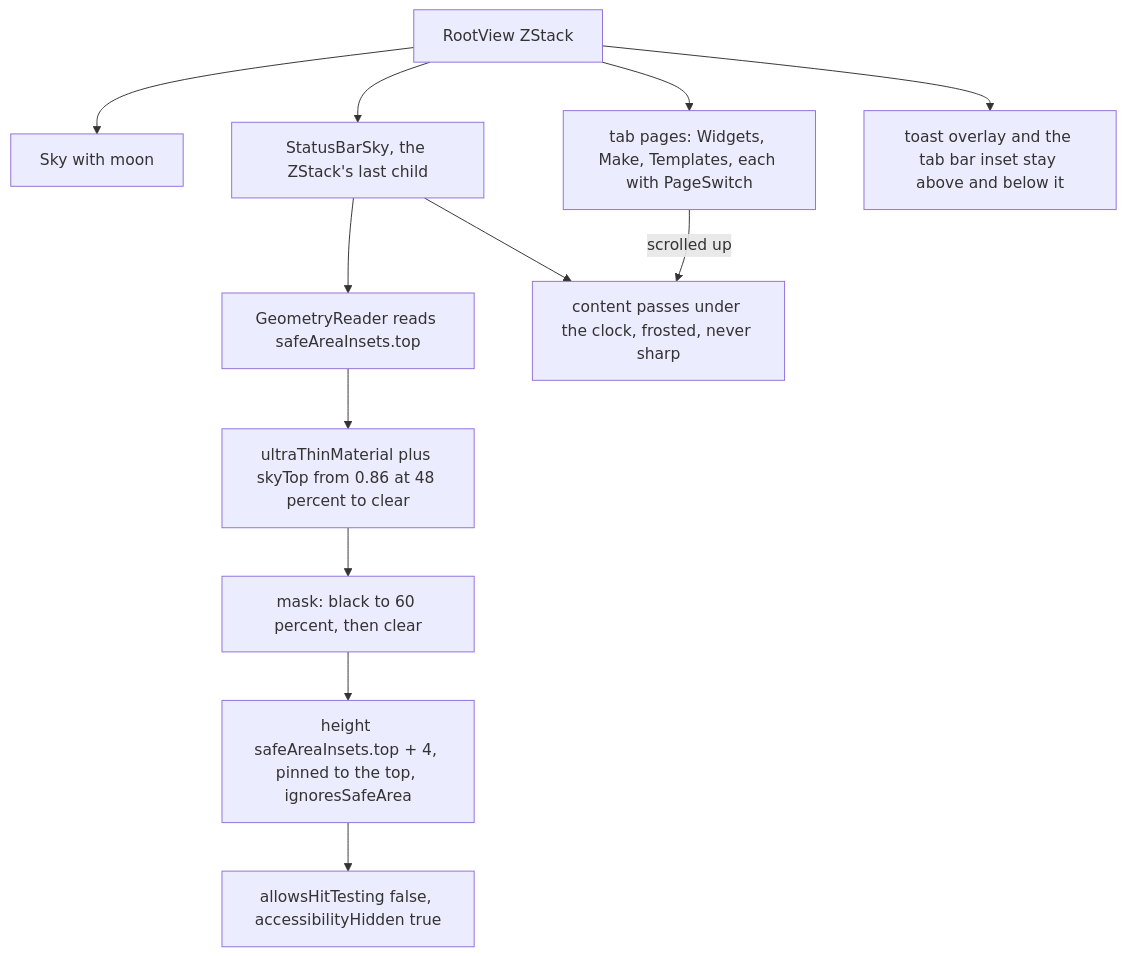
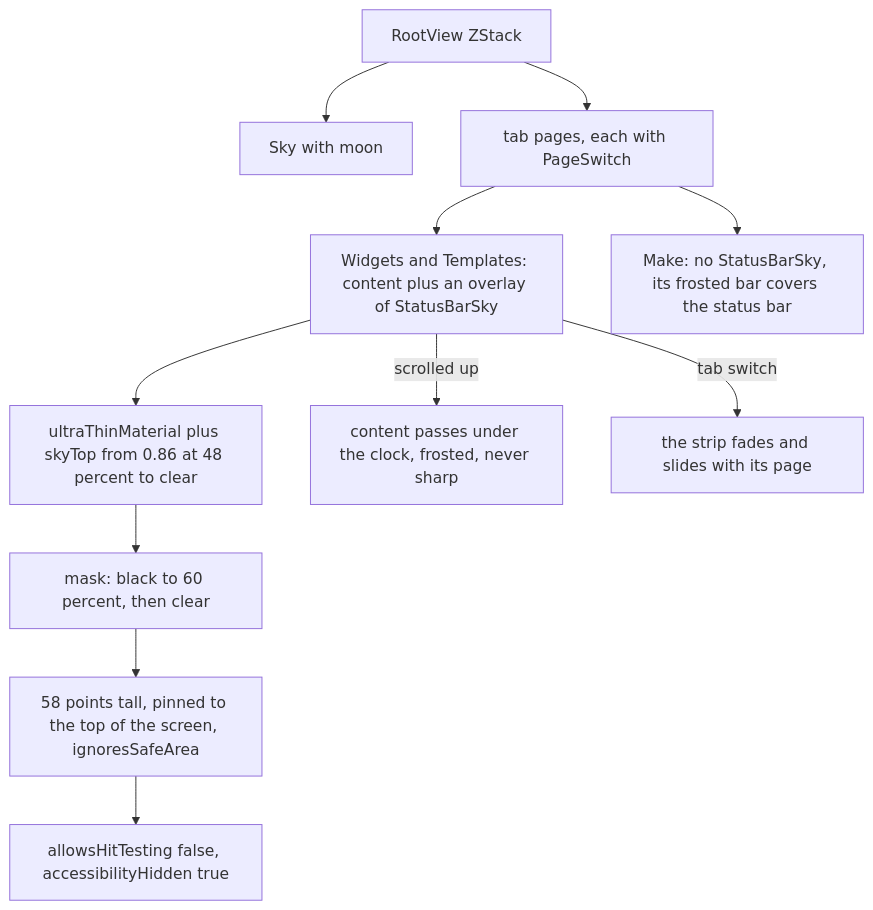
One commit to Krutik460/Widgie changed the third of 5 diagrams in docs/pr/28-app-e2e-fixes.md. Above: the diagram before and after it, drawn with Mermaid. The commit also changed other lines of this file and 1 other file, not shown here.

Commit message:
Record the PR 28 review round in its guide and the app shell plan

````diff
--- a/docs/pr/28-app-e2e-fixes.md
+++ b/docs/pr/28-app-e2e-fixes.md
@@ -105,14 +113,13 @@
 ```mermaid
 flowchart TD
   ROOT["RootView ZStack"] --> SKY["Sky with moon"]
-  ROOT --> PAGES["tab pages: Widgets, Make, Templates, each with PageSwitch"]
-  ROOT --> SBS["StatusBarSky, the ZStack's last child"]
-  SBS --> GEO["GeometryReader reads safeAreaInsets.top"]
-  GEO --> FILL["ultraThinMaterial plus skyTop from 0.86 at 48 percent to clear"]
+  ROOT --> PAGES["tab pages, each with PageSwitch"]
+  PAGES --> WT["Widgets and Templates: content plus an overlay of StatusBarSky"]
+  PAGES --> MK["Make: no StatusBarSky, its frosted bar covers the status bar"]
+  WT --> FILL["ultraThinMaterial plus skyTop from 0.86 at 48 percent to clear"]
   FILL --> MASK["mask: black to 60 percent, then clear"]
-  MASK --> FRAME["height safeAreaInsets.top + 4, pinned to the top, ignoresSafeArea"]
+  MASK --> FRAME["58 points tall, pinned to the top of the screen, ignoresSafeArea"]
   FRAME --> PASS["allowsHitTesting false, accessibilityHidden true"]
-  PAGES -->|scrolled up| UNDER["content passes under the clock, frosted, never sharp"]
-  SBS --> UNDER
-  ROOT --> TOAST["toast overlay and the tab bar inset stay above and below it"]
+  WT -->|scrolled up| UNDER["content passes under the clock, frosted, never sharp"]
+  WT -->|tab switch| FADE["the strip fades and slides with its page"]
 ```
````
